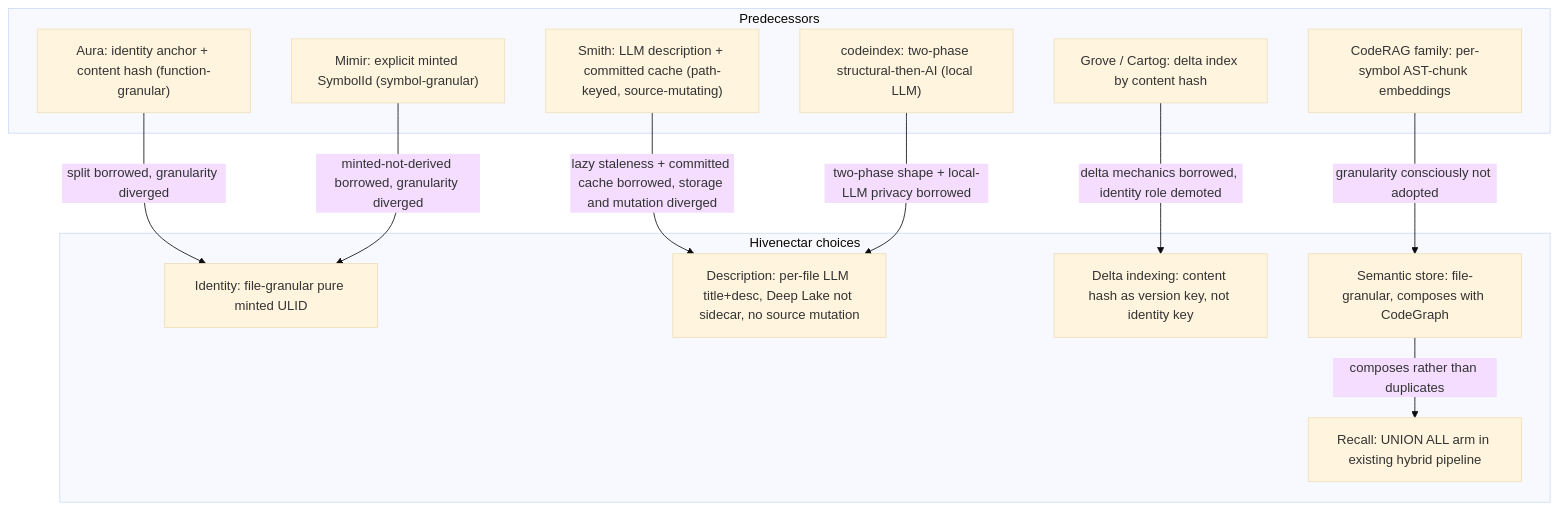
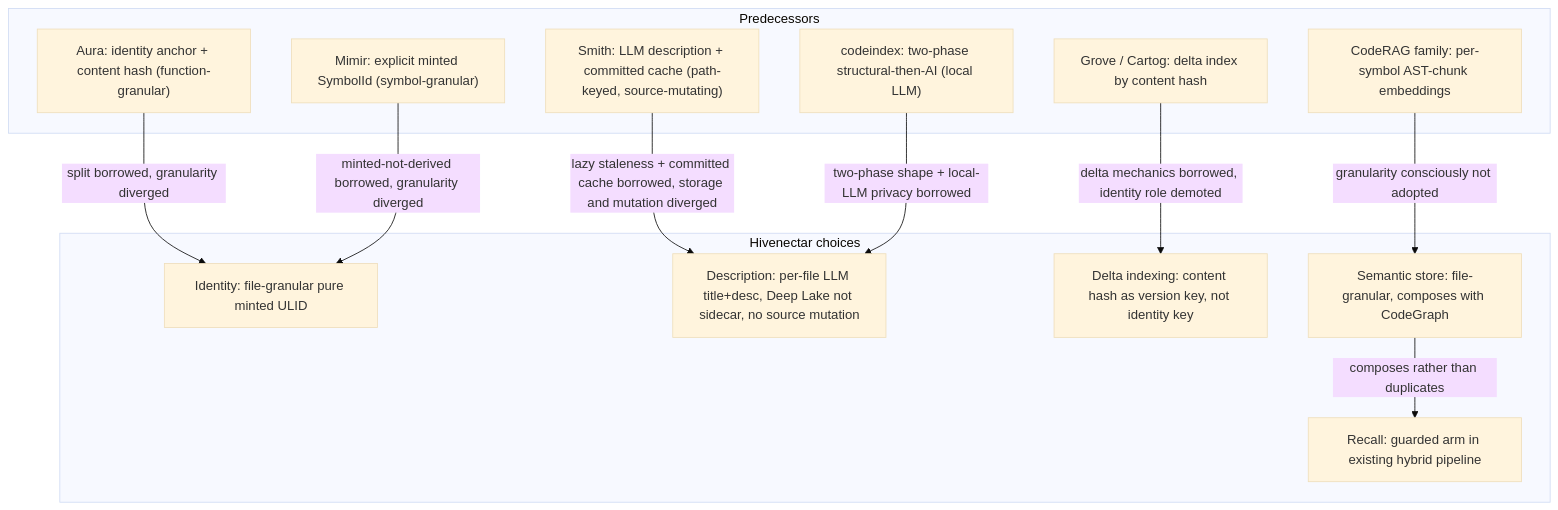
Before and after one commit to legioncodeinc/nectar: the diagram in library/knowledge/private/reference/prior-art-deep-dive/prior-art-ecosystem-story-arc.md, drawn with Mermaid (base theme). The commit also changed other lines of this file and 125 other files, not shown here.

````diff
--- a/library/knowledge/private/reference/prior-art-deep-dive/prior-art-ecosystem-story-arc.md
+++ b/library/knowledge/private/reference/prior-art-deep-dive/prior-art-ecosystem-story-arc.md
@@ -28,25 +28,25 @@
 ```mermaid
 flowchart TD
     subgraph prior[Predecessors]
         aura["Aura: identity anchor + content hash (function-granular)"]
         mimir["Mimir: explicit minted SymbolId (symbol-granular)"]
         smith["Smith: LLM description + committed cache (path-keyed, source-mutating)"]
         codeindex["codeindex: two-phase structural-then-AI (local LLM)"]
         grove["Grove / Cartog: delta index by content hash"]
         coderag["CodeRAG family: per-symbol AST-chunk embeddings"]
     end
     subgraph choices[Hivenectar choices]
         c1["Identity: file-granular pure minted ULID"]
         c2["Description: per-file LLM title+desc, Deep Lake not sidecar, no source mutation"]
         c3["Delta indexing: content hash as version key, not identity key"]
         c4["Semantic store: file-granular, composes with CodeGraph"]
-        c5["Recall: UNION ALL arm in existing hybrid pipeline"]
+        c5["Recall: guarded arm in existing hybrid pipeline"]
     end
     aura -->|split borrowed, granularity diverged| c1
     mimir -->|minted-not-derived borrowed, granularity diverged| c1
     smith -->|lazy staleness + committed cache borrowed, storage and mutation diverged| c2
     codeindex -->|two-phase shape + local-LLM privacy borrowed| c2
     grove -->|delta mechanics borrowed, identity role demoted| c3
     coderag -->|granularity consciously not adopted| c4
     c4 -->|composes rather than duplicates| c5
 ```
````
